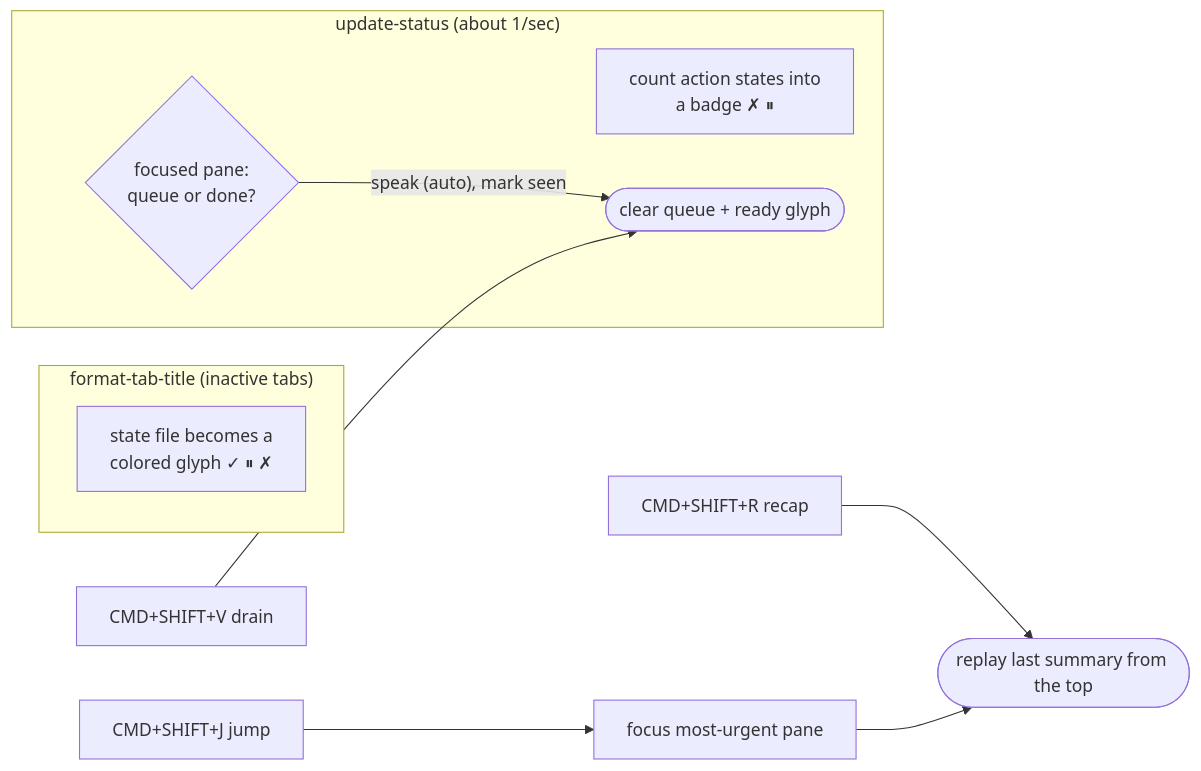
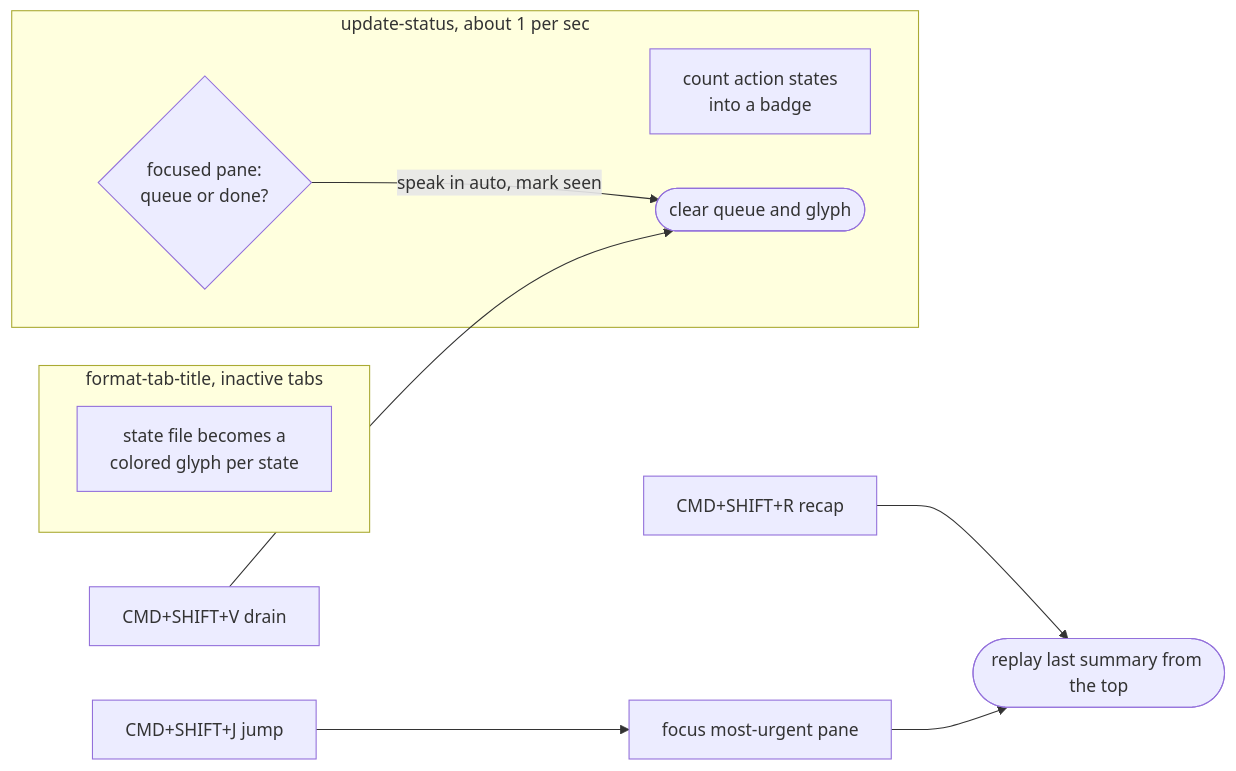
Before and after one commit to Louis-Mascari/aloud: the second of 2 diagrams in docs/architecture.md, drawn with Mermaid. The commit also changed other lines of this file and 1 other file, not shown here.

Commit message:
Simplify mermaid diagrams so GitHub renders them
GitHub's mermaid is stricter than the local validator and failed with
"Cannot read properties of undefined (reading 'render')". Removed the two
constructs it chokes on from every diagram label: emoji and parentheses
(kept node/edge shapes and meaning).

````diff
--- a/docs/architecture.md
+++ b/docs/architecture.md
@@ -37,13 +37,13 @@
 ```mermaid
 flowchart LR
-    subgraph tab["format-tab-title (inactive tabs)"]
-        G["state file becomes a<br/>colored glyph ✓ ⏸ ✗"]
+    subgraph tab["format-tab-title, inactive tabs"]
+        G["state file becomes a<br/>colored glyph per state"]
     end
-    subgraph bar["update-status (about 1/sec)"]
-        B["count action states into<br/>a badge ✗ ⏸"]
-        F{"focused pane:<br/>queue or done?"} -->|"speak (auto), mark seen"| SP(["clear queue + ready glyph"])
+    subgraph bar["update-status, about 1 per sec"]
+        B["count action states<br/>into a badge"]
+        F{"focused pane:<br/>queue or done?"} -->|"speak in auto, mark seen"| SP(["clear queue and glyph"])
     end
     K1["CMD+SHIFT+V drain"] --> SP
     K2["CMD+SHIFT+R recap"] --> RC(["replay last summary from the top"])
     K3["CMD+SHIFT+J jump"] --> J["focus most-urgent pane"] --> RC
 ```
````
